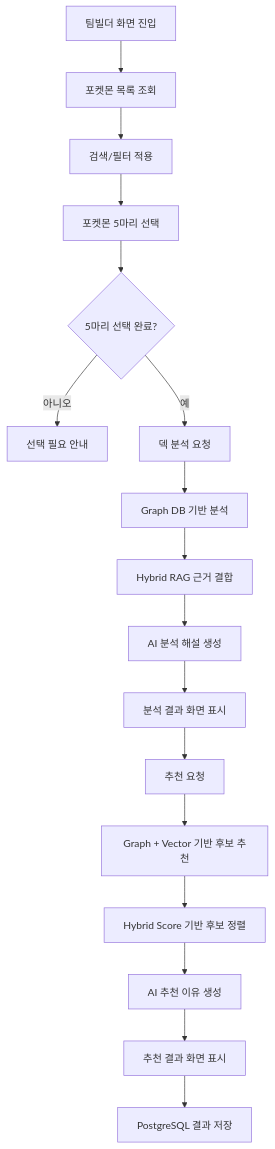
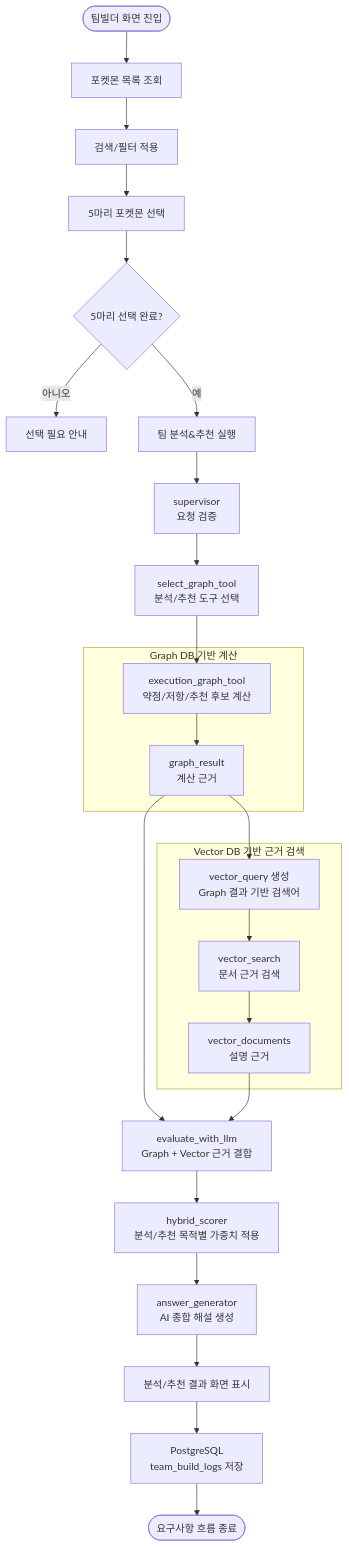
One commit to SKNETWORKS-FAMILY-AICAMP/SKN27-3rd-3TEAM changed the diagram in docs/팀빌딩/01_요구사항명세서.md. Above: the diagram before and after it, drawn with Mermaid.

Commit message:
수정 중...

````diff
--- a/docs/팀빌딩/01_요구사항명세서.md
+++ b/docs/팀빌딩/01_요구사항명세서.md
@@ -197,19 +197,39 @@
 ```mermaid
 flowchart TD
-    A[팀빌더 화면 진입] --> B[포켓몬 목록 조회]
-    B --> C[검색/필터 적용]
-    C --> D[포켓몬 5마리 선택]
-    D --> E{5마리 선택 완료?}
-    E -- 아니오 --> F[선택 필요 안내]
-    E -- 예 --> G[덱 분석 요청]
-    G --> H[Graph DB 기반 분석]
-    H --> I[Hybrid RAG 근거 결합]
-    I --> IA[AI 분석 해설 생성]
-    IA --> J[분석 결과 화면 표시]
-    J --> K[추천 요청]
-    K --> L[Graph + Vector 기반 후보 추천]
-    L --> M[Hybrid Score 기반 후보 정렬]
-    M --> MA[AI 추천 이유 생성]
-    MA --> N[추천 결과 화면 표시]
-    N --> O[PostgreSQL 결과 저장]
+    START(["팀빌더 화면 진입"])
+    LIST["포켓몬 목록 조회"]
+    FILTER["검색/필터 적용"]
+    SELECT5["5마리 포켓몬 선택"]
+    CHECK{"5마리 선택 완료?"}
+    WARN["선택 필요 안내"]
+    RUN["팀 분석&추천 실행"]
+    SUP["supervisor<br/>요청 검증"]
+    TOOL["select_graph_tool<br/>분석/추천 도구 선택"]
+
+    subgraph GRAPH_SIDE["Graph DB 기반 계산"]
+        GRAPH["execution_graph_tool<br/>약점/저항/추천 후보 계산"]
+        G_DOC["graph_result<br/>계산 근거"]
+    end
+
+    subgraph VECTOR_SIDE["Vector DB 기반 근거 검색"]
+        QUERY["vector_query 생성<br/>Graph 결과 기반 검색어"]
+        VECTOR["vector_search<br/>문서 근거 검색"]
+        V_DOC["vector_documents<br/>설명 근거"]
+    end
+
+    MERGE["evaluate_with_llm<br/>Graph + Vector 근거 결합"]
+    SCORE["hybrid_scorer<br/>분석/추천 목적별 가중치 적용"]
+    ANSWER["answer_generator<br/>AI 종합 해설 생성"]
+    RESULT["분석/추천 결과 화면 표시"]
+    SAVE["PostgreSQL<br/>team_build_logs 저장"]
+    END(["요구사항 흐름 종료"])
+
+    START --> LIST --> FILTER --> SELECT5 --> CHECK
+    CHECK -- "아니오" --> WARN
+    CHECK -- "예" --> RUN --> SUP --> TOOL --> GRAPH
+    GRAPH --> G_DOC
+    G_DOC --> MERGE
+    G_DOC --> QUERY
+    QUERY --> VECTOR --> V_DOC --> MERGE
+    MERGE --> SCORE --> ANSWER --> RESULT --> SAVE --> END
 ```
````
